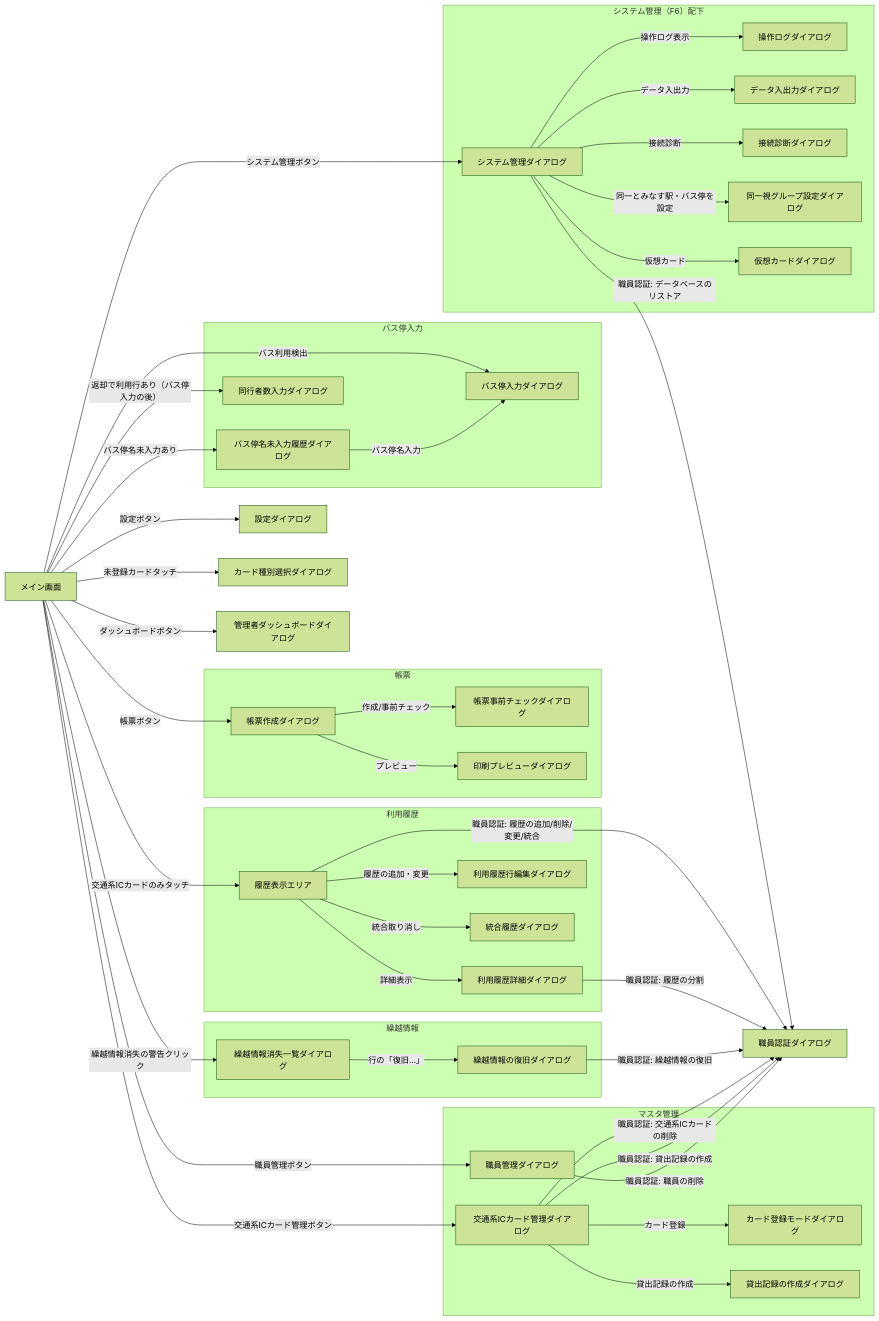
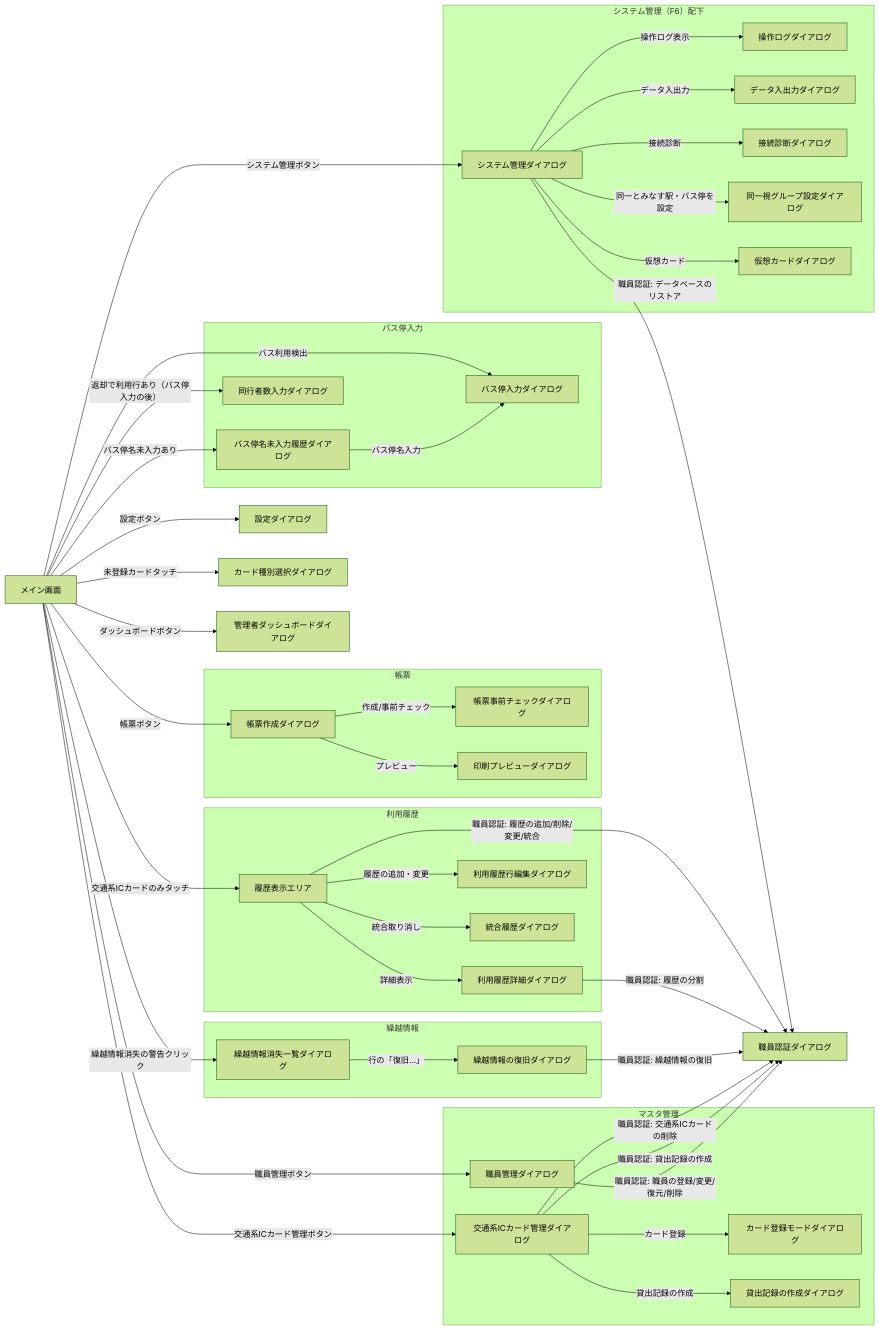
Before and after one commit to kuwayamamasayuki/ICCardManager: the first of 2 diagrams in ICCardManager/docs/design/03_画面設計書.md, drawn with Mermaid (forest theme). The commit also changed other lines of this file and 21 other files, not shown here.

```diff
--- a/ICCardManager/docs/design/03_画面設計書.md
+++ b/ICCardManager/docs/design/03_画面設計書.md
@@ -93,7 +93,7 @@
 
     CARD -->|職員認証: 交通系ICカードの削除| STAFFAUTH
     CARD -->|職員認証: 貸出記録の作成| STAFFAUTH
-    STAFF -->|職員認証: 職員の削除| STAFFAUTH
+    STAFF -->|職員認証: 職員の登録/変更/復元/削除| STAFFAUTH
     HISTORY -->|職員認証: 履歴の追加/削除/変更/統合| STAFFAUTH
     LEDGERDETAIL -->|職員認証: 履歴の分割| STAFFAUTH
     SYSMGMT -->|職員認証: データベースのリストア| STAFFAUTH
```
